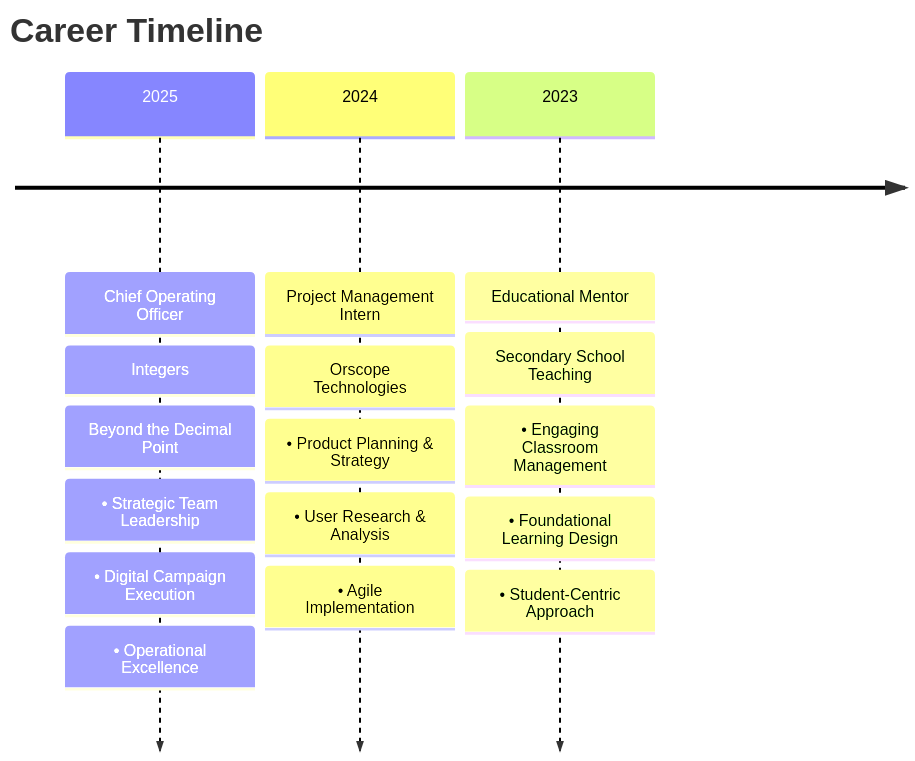
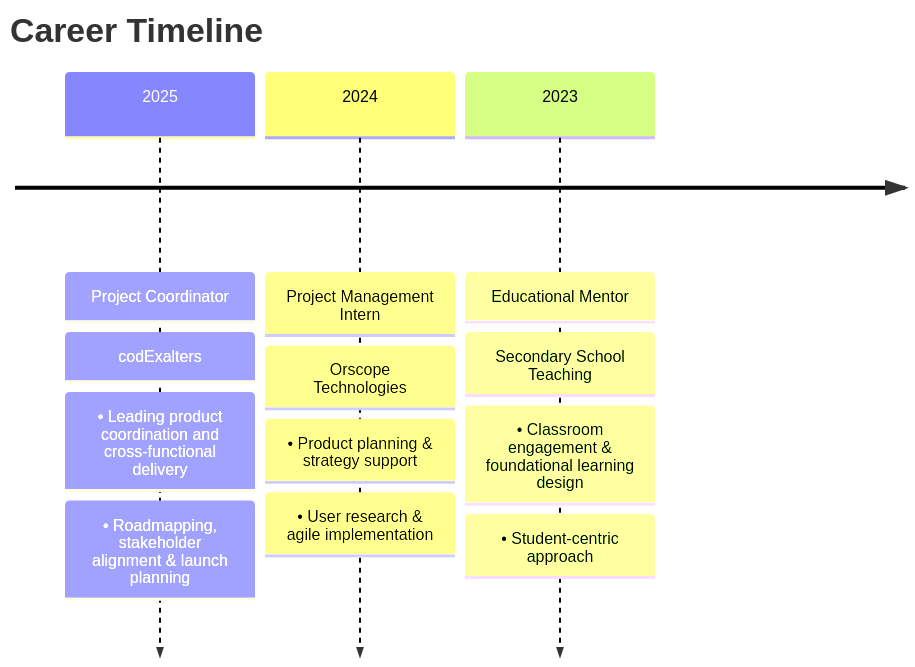
One commit to devrajsinh2012/devrajsinh2012 changed the diagram in README.md. Above: the diagram before and after it, drawn with Mermaid. The commit also changed other lines of this file, not shown here.

````diff
--- a/README.md
+++ b/README.md
@@ -161,22 +161,19 @@
 ```mermaid
 timeline
     title Career Timeline
     
-    2025 : Chief Operating Officer
-         : Integers: Beyond the Decimal Point
-         : • Strategic Team Leadership
-         : • Digital Campaign Execution
-         : • Operational Excellence
+    2025 : Project Coordinator
+         : codExalters
+         : • Leading product coordination and cross-functional delivery
+         : • Roadmapping, stakeholder alignment & launch planning
     
     2024 : Project Management Intern
          : Orscope Technologies
-         : • Product Planning & Strategy
-         : • User Research & Analysis
-         : • Agile Implementation
+         : • Product planning & strategy support
+         : • User research & agile implementation
     
     2023 : Educational Mentor
          : Secondary School Teaching
-         : • Engaging Classroom Management
-         : • Foundational Learning Design
-         : • Student-Centric Approach
+         : • Classroom engagement & foundational learning design
+         : • Student-centric approach
 ```
````
